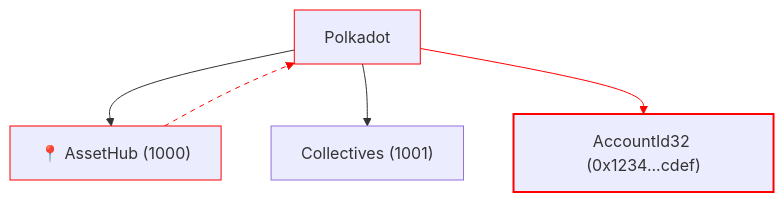
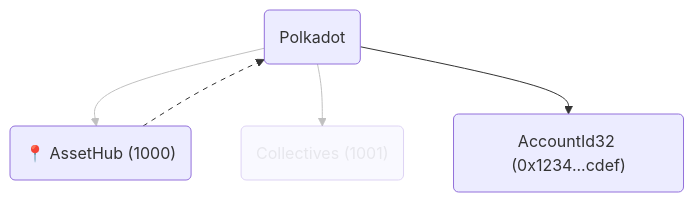
The eighth of 20 diagrams in syllabus/7-XCM/1-Core_Concepts_of_XCM/Core_Concepts_of_XCM_slides.md (Polkadot-Blockchain-Academy/pba-content), drawn with Mermaid before and after one commit. The commit also changed other lines of this file and 1 other file, not shown here.

Commit message:
Change mermaidjs theme

````diff
--- a/syllabus/7-XCM/1-Core_Concepts_of_XCM/Core_Concepts_of_XCM_slides.md
+++ b/syllabus/7-XCM/1-Core_Concepts_of_XCM/Core_Concepts_of_XCM_slides.md
@@ -422,12 +441,11 @@
 ```mermaid
 graph TD
-    Polkadot-->AssetHub["📍 AssetHub (1000)"]
-    Polkadot-->Collectives["Collectives (1001)"]
-    Polkadot-->Account["AccountId32 (0x1234...cdef)"]
+    Polkadot(Polkadot)-->AssetHub("📍 AssetHub (1000)")
+    Polkadot-->Collectives("Collectives (1001)"):::disabled
+    Polkadot-->Account("AccountId32 (0x1234...cdef)")
     AssetHub-->Polkadot
-    style Polkadot stroke:red
-    style AssetHub stroke:red
-    style Account stroke:red,stroke-width:2
-    linkStyle 3 stroke:red,stroke-dasharray:5
-    linkStyle 2 stroke:red
+    linkStyle 0 opacity:0.3
+    linkStyle 1 opacity:0.3
+    linkStyle 3 stroke-dasharray:5
+    classDef disabled opacity:0.3
 ```
````
